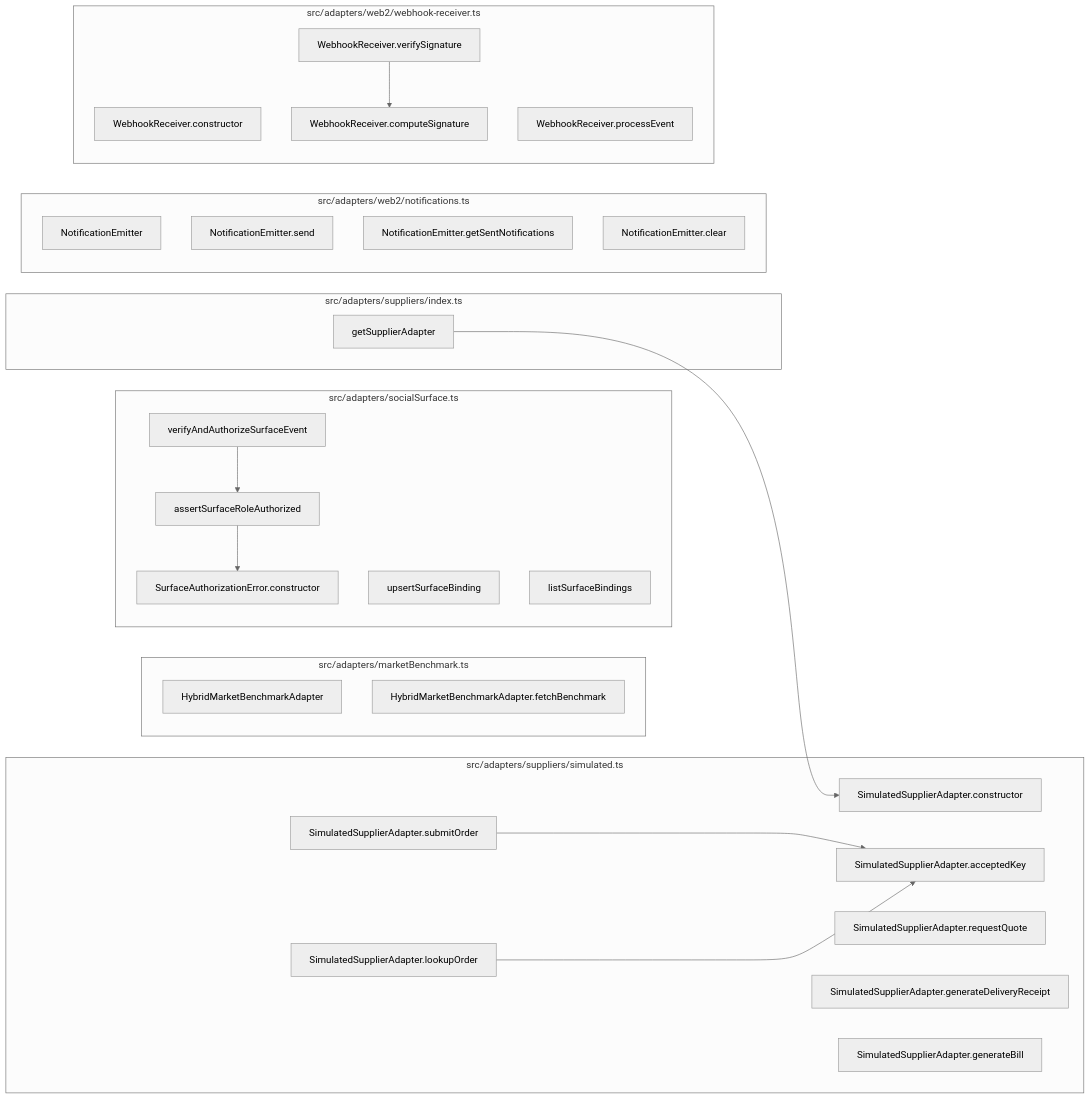
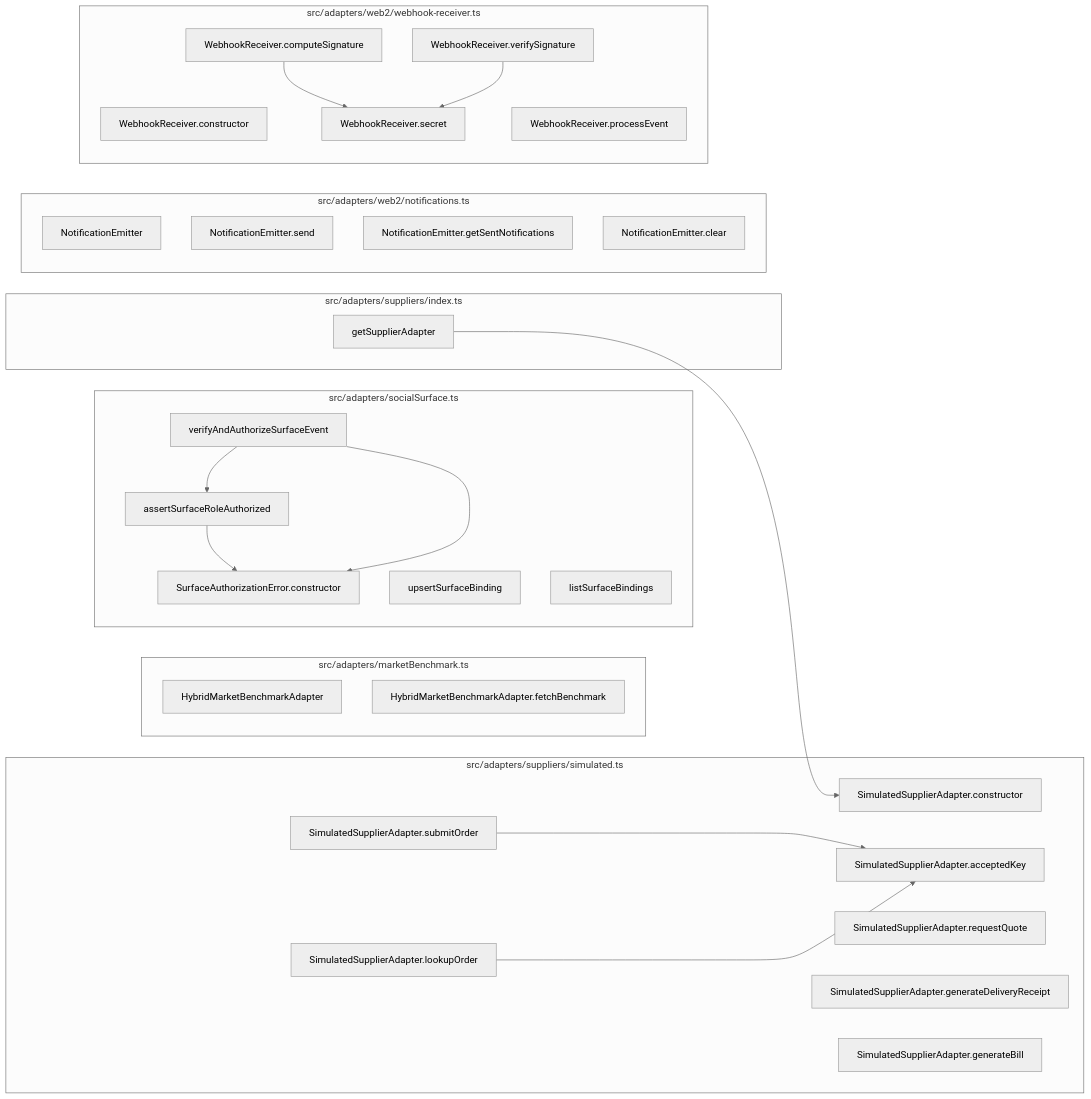
The second of 8 diagrams in docs/CODEBASE_MAP.md (Jaydearcadian/bind), drawn with Mermaid (neutral theme) before and after one commit. The commit also changed other lines of this file and 18 other files, not shown here.

````diff
--- a/docs/CODEBASE_MAP.md
+++ b/docs/CODEBASE_MAP.md
@@ -117,44 +121,47 @@
 ```mermaid
 flowchart LR
   subgraph F0["src/adapters/marketBenchmark.ts"]
     n18["HybridMarketBenchmarkAdapter"]
     n19["HybridMarketBenchmarkAdapter.fetchBenchmark"]
   end
   subgraph F1["src/adapters/socialSurface.ts"]
     n56["SurfaceAuthorizationError.constructor"]
     n57["assertSurfaceRoleAuthorized"]
     n58["verifyAndAuthorizeSurfaceEvent"]
     n59["upsertSurfaceBinding"]
     n60["listSurfaceBindings"]
   end
   subgraph F2["src/adapters/suppliers/index.ts"]
     n61["getSupplierAdapter"]
   end
   subgraph F3["src/adapters/suppliers/simulated.ts"]
     n65["SimulatedSupplierAdapter.constructor"]
     n66["SimulatedSupplierAdapter.acceptedKey"]
     n67["SimulatedSupplierAdapter.requestQuote"]
     n68["SimulatedSupplierAdapter.submitOrder"]
     n69["SimulatedSupplierAdapter.lookupOrder"]
     n70["SimulatedSupplierAdapter.generateDeliveryReceipt"]
     n71["SimulatedSupplierAdapter.generateBill"]
   end
   subgraph F4["src/adapters/web2/notifications.ts"]
     n72["NotificationEmitter"]
     n73["NotificationEmitter.send"]
     n74["NotificationEmitter.getSentNotifications"]
     n75["NotificationEmitter.clear"]
   end
   subgraph F5["src/adapters/web2/webhook-receiver.ts"]
     n76["WebhookReceiver.constructor"]
-    n77["WebhookReceiver.computeSignature"]
-    n78["WebhookReceiver.verifySignature"]
-    n79["WebhookReceiver.processEvent"]
+    n77["WebhookReceiver.secret"]
+    n78["WebhookReceiver.computeSignature"]
+    n79["WebhookReceiver.verifySignature"]
+    n80["WebhookReceiver.processEvent"]
   end
   n57 --> n56
+  n58 --> n56
   n58 --> n57
   n61 --> n65
   n68 --> n66
   n69 --> n66
   n78 --> n77
+  n79 --> n77
 ```
````
